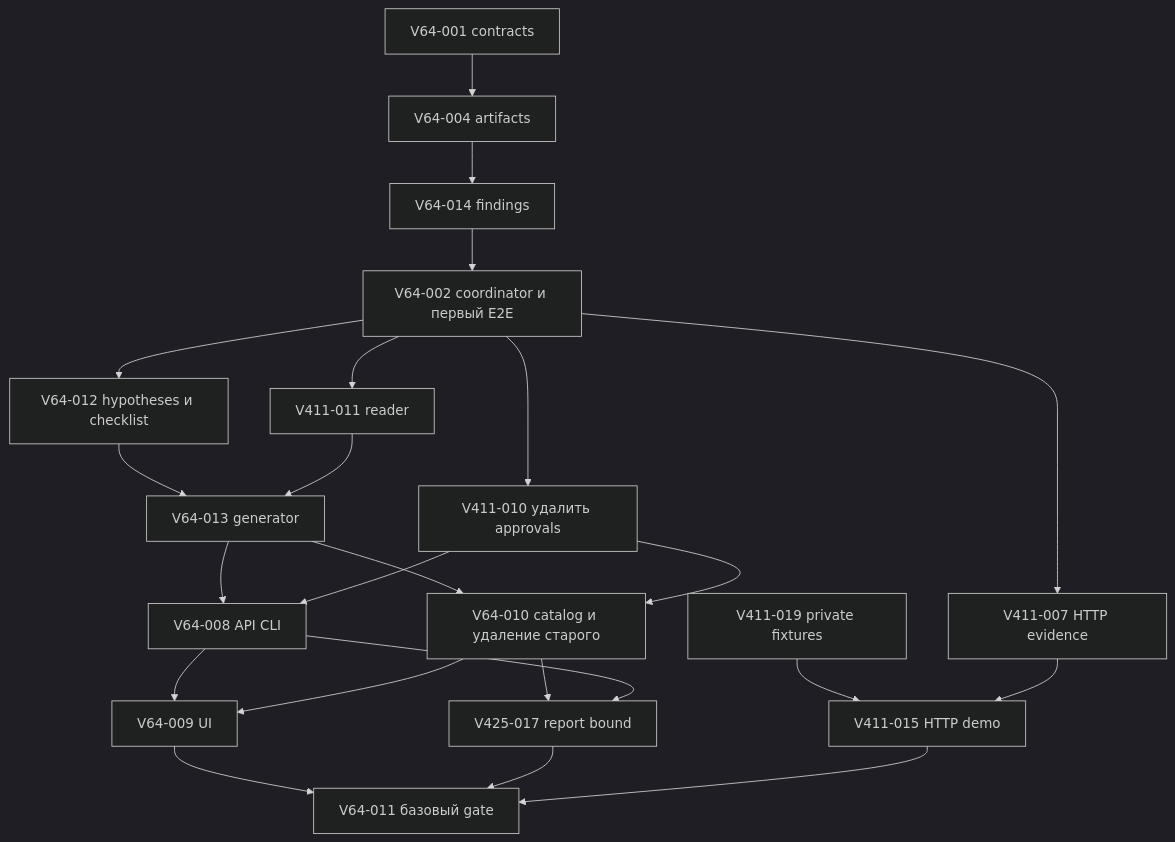
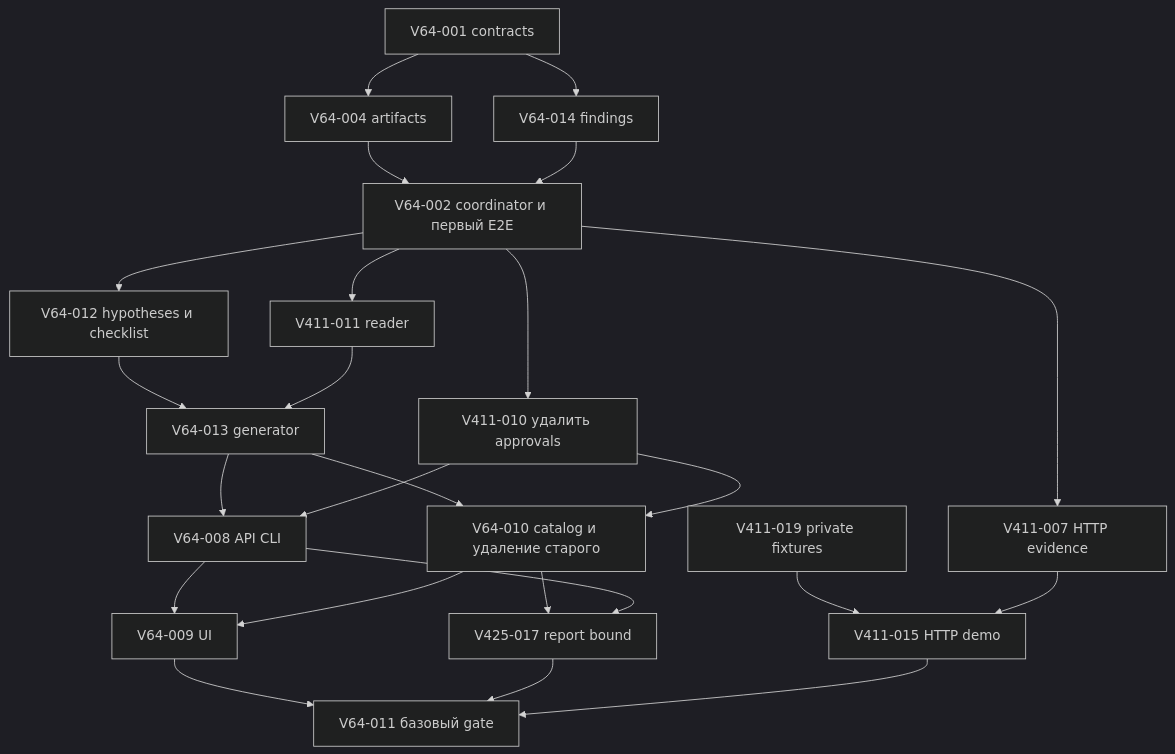
The diagram in docs/plans/2026-10-31-audit-redesign.md (grauwolf32/contractor), drawn with Mermaid (dark theme) before and after one commit. The commit also changed other lines of this file and 4 other files, not shown here.

````diff
--- a/docs/plans/2026-10-31-audit-redesign.md
+++ b/docs/plans/2026-10-31-audit-redesign.md
@@ -112,25 +115,26 @@
 ```mermaid
 flowchart TD
     C[V64-001 contracts] --> A[V64-004 artifacts]
-    A --> F[V64-014 findings]
-    F --> E[V64-002 coordinator и первый E2E]
+    C --> F[V64-014 findings]
+    A --> E[V64-002 coordinator и первый E2E]
+    F --> E
     E --> H[V64-012 hypotheses и checklist]
     E --> X[V411-010 удалить approvals]
     E --> R[V411-011 reader]
     H --> G[V64-013 generator]
     R --> G
     G --> API[V64-008 API CLI]
     X --> API
     G --> CAT[V64-010 catalog и удаление старого]
     X --> CAT
     API --> UI[V64-009 UI]
     CAT --> UI
     CAT --> B[V425-017 report bound]
     API --> B
     E --> CAP[V411-007 HTTP evidence]
     FIX[V411-019 private fixtures] --> HTTP[V411-015 HTTP demo]
     CAP --> HTTP
     UI --> EXIT[V64-011 базовый gate]
     B --> EXIT
     HTTP --> EXIT
 ```
````
